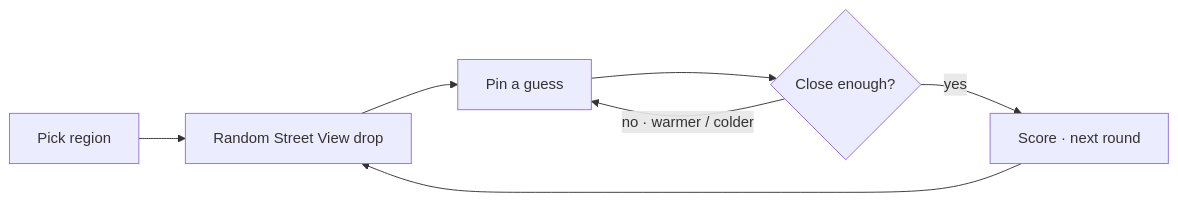
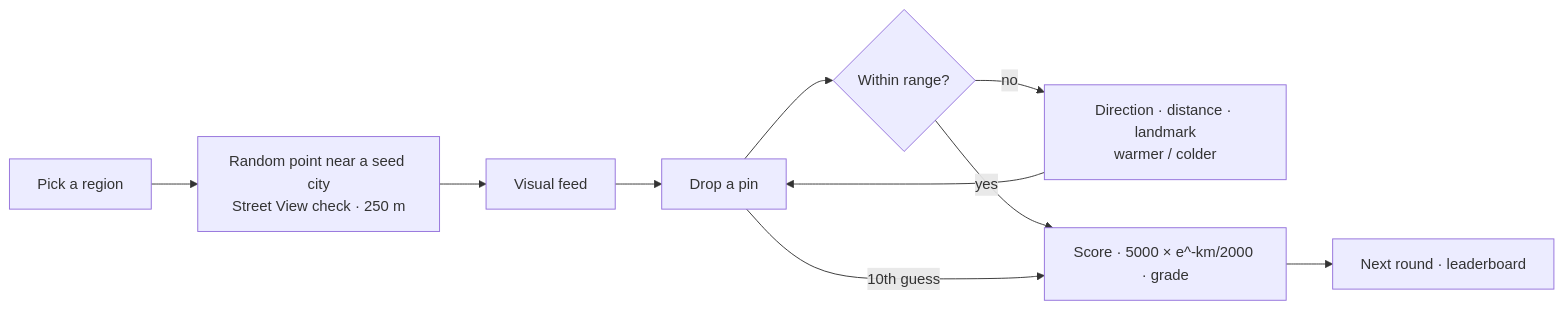
The diagram in README.md (kutluhangil/PeekAndSeek), drawn with Mermaid before and after one commit. The commit also changed other lines of this file and 3 other files, not shown here.

````diff
--- a/README.md
+++ b/README.md
@@ -33,8 +47,11 @@
 ```mermaid
 flowchart LR
-  R[Pick region] --> D[Random Street View drop]
-  D --> G[Pin a guess] --> H{Close enough?}
-  H -- no · warmer / colder --> G
-  H -- yes --> S[Score · next round]
-  S --> D
+  R[Pick a region] --> L[Random point near a seed city<br/>Street View check · 250 m]
+  L --> F[Visual feed]
+  F --> G[Drop a pin]
+  G --> H{Within range?}
+  H -- no --> HINT[Direction · distance · landmark<br/>warmer / colder] --> G
+  H -- yes --> S["Score · 5000 × e^-km/2000 · grade"]
+  G -- 10th guess --> S
+  S --> N[Next round · leaderboard]
 ```
````
